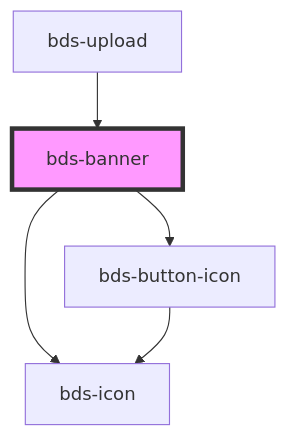
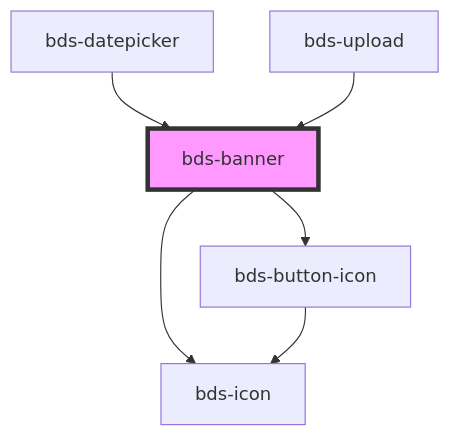
The diagram in src/components/banner/readme.md (takenet/blip-ds), drawn with Mermaid before and after one commit. The commit also changed other lines of this file and 7 other files, not shown here.

Commit message:
fix(datepicker): fixed the banner structure inside datepicker

````diff
--- a/src/components/banner/readme.md
+++ b/src/components/banner/readme.md
@@ -51,8 +52,9 @@
 ```mermaid
 graph TD;
   bds-banner --> bds-icon
   bds-banner --> bds-button-icon
   bds-button-icon --> bds-icon
+  bds-datepicker --> bds-banner
   bds-upload --> bds-banner
   style bds-banner fill:#f9f,stroke:#333,stroke-width:4px
 ```
````
